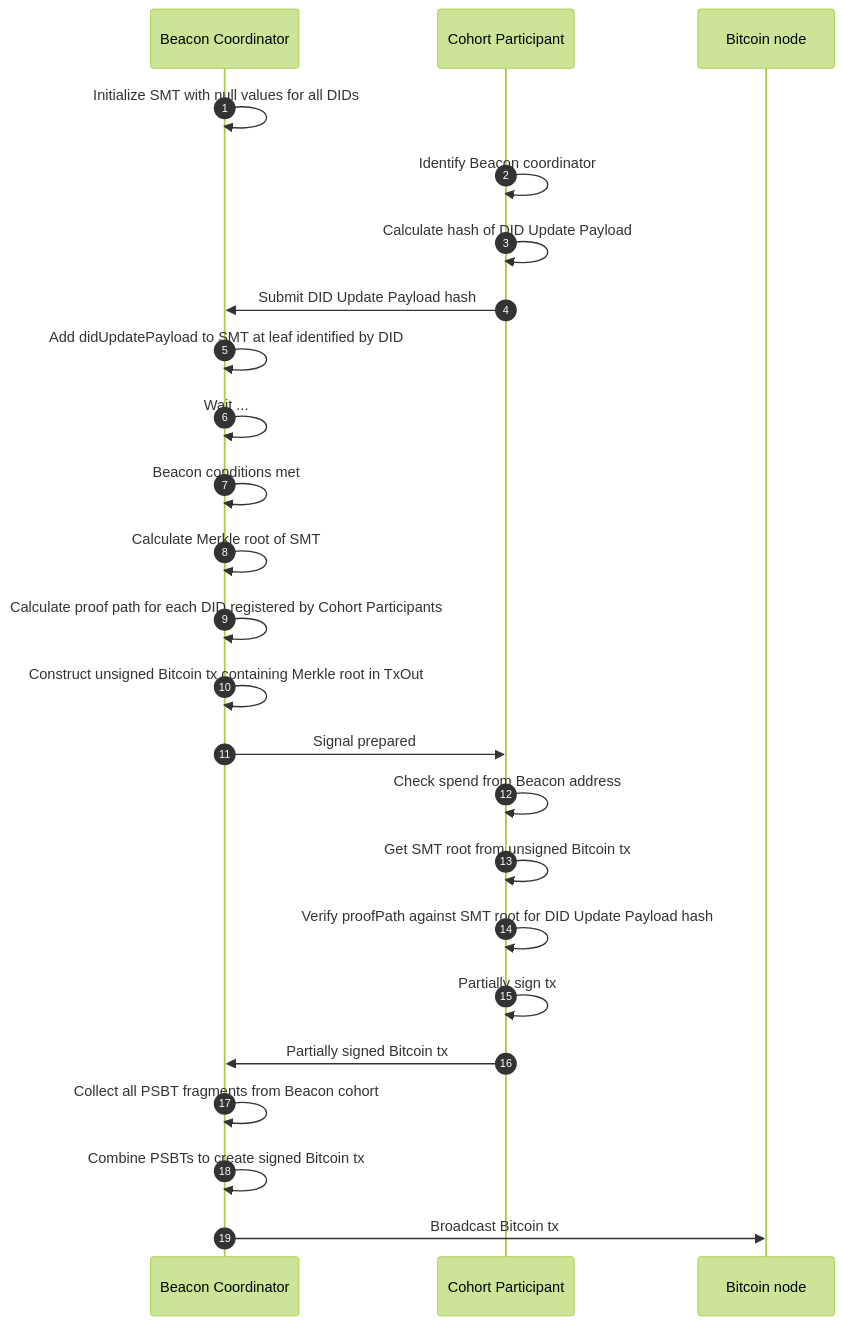
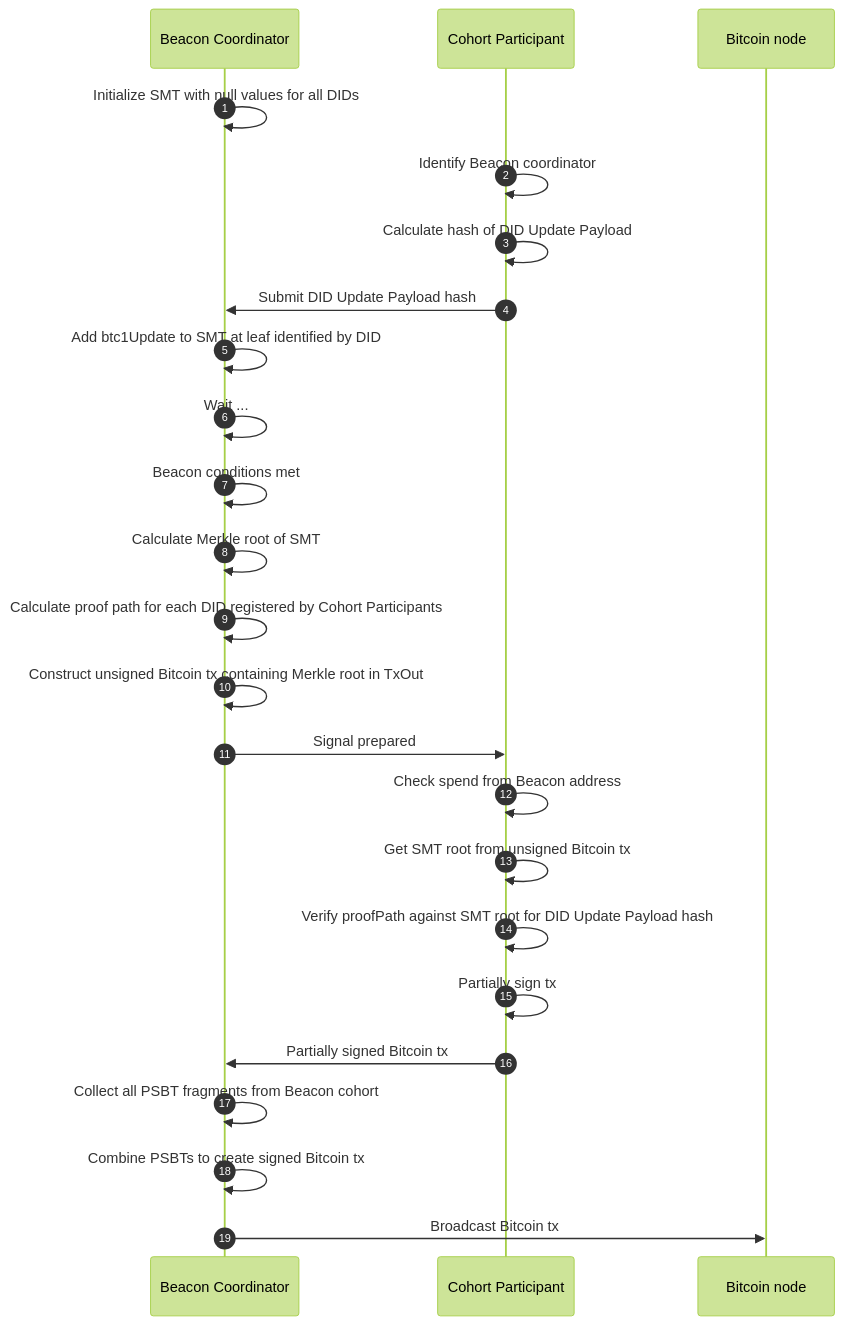
The third of 3 diagrams in chapters/Update-Beacons.md (dcdpr/did-btc1), drawn with Mermaid (forest theme) before and after one commit. The commit also changed other lines of this file and 9 other files, not shown here.

````diff
--- a/chapters/Update-Beacons.md
+++ b/chapters/Update-Beacons.md
@@ -376,23 +376,23 @@
 ```mermaid
 sequenceDiagram
               autonumber
     Beacon Coordinator->>Beacon Coordinator:Initialize SMT with null values for all DIDs
     Cohort Participant->>Cohort Participant:Identify Beacon coordinator
     Cohort Participant->>Cohort Participant:Calculate hash of DID Update Payload
     Cohort Participant->>Beacon Coordinator:Submit DID Update Payload hash
-    Beacon Coordinator->>Beacon Coordinator:Add didUpdatePayload to SMT at leaf identified by DID
+    Beacon Coordinator->>Beacon Coordinator:Add btc1Update to SMT at leaf identified by DID
     Beacon Coordinator->>Beacon Coordinator:Wait ...
     Beacon Coordinator->>Beacon Coordinator:Beacon conditions met
     Beacon Coordinator->>Beacon Coordinator:Calculate Merkle root of SMT
     Beacon Coordinator->>Beacon Coordinator:Calculate proof path for each DID registered by Cohort Participants
     Beacon Coordinator->>Beacon Coordinator:Construct unsigned Bitcoin tx containing Merkle root in TxOut
     Beacon Coordinator->>Cohort Participant:Signal prepared
     Cohort Participant->>Cohort Participant:Check spend from Beacon address
     Cohort Participant->>Cohort Participant:Get SMT root from unsigned Bitcoin tx
     Cohort Participant->>Cohort Participant:Verify proofPath against SMT root for DID Update Payload hash
     Cohort Participant->>Cohort Participant:Partially sign tx
     Cohort Participant->>Beacon Coordinator:Partially signed Bitcoin tx
     Beacon Coordinator->>Beacon Coordinator:Collect all PSBT fragments from Beacon cohort
     Beacon Coordinator->>Beacon Coordinator:Combine PSBTs to create signed Bitcoin tx
     Beacon Coordinator->>Bitcoin node:Broadcast Bitcoin tx
 ```
````
